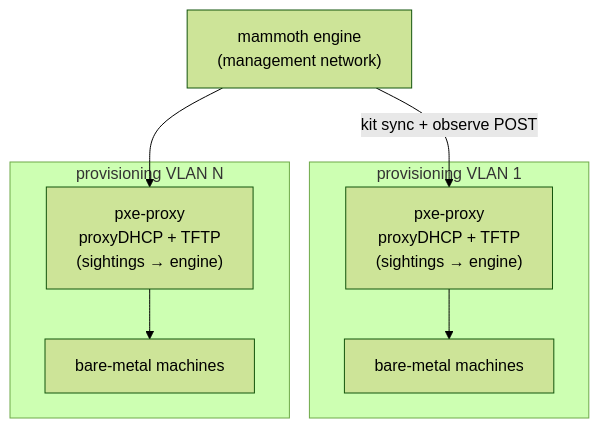
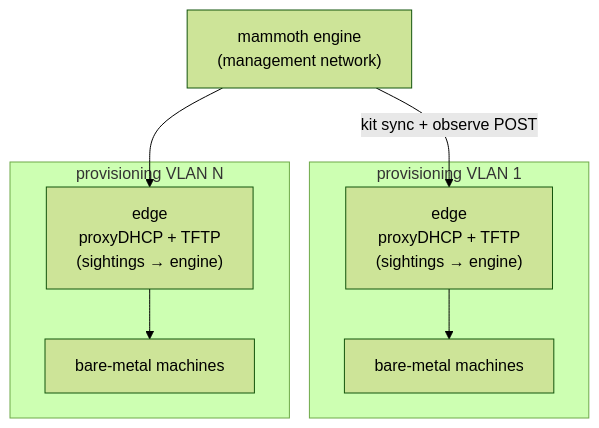
One commit to 3th1nk/mammoth changed the third of 3 diagrams in README.md. Above: the diagram before and after it, drawn with Mermaid (forest theme). The commit also changed other lines of this file and 4 other files, not shown here.

First line of the commit message:
refactor(config): MAMMOTH_PXE_PROXY_PORT → MAMMOTH_PXE_BOOTSRV_PORT——内置 proxyDHCP 端口配置脱 proxy 字样(edge 改名收尾)

````diff
--- a/README.md
+++ b/README.md
@@ -216,16 +216,16 @@
 ```mermaid
 flowchart TD
     eng["mammoth engine<br/>(management network)"]
     subgraph V1["provisioning VLAN 1"]
-        a1["pxe-proxy<br/>proxyDHCP + TFTP<br/>(sightings → engine)"]
+        a1["edge<br/>proxyDHCP + TFTP<br/>(sightings → engine)"]
         m1["bare-metal machines"]
     end
     subgraph V2["provisioning VLAN N"]
-        aN["pxe-proxy<br/>proxyDHCP + TFTP<br/>(sightings → engine)"]
+        aN["edge<br/>proxyDHCP + TFTP<br/>(sightings → engine)"]
         mN["bare-metal machines"]
     end
     eng -->|kit sync + observe POST| a1
     eng --> aN
     a1 --> m1
     aN --> mN
 ```
````
